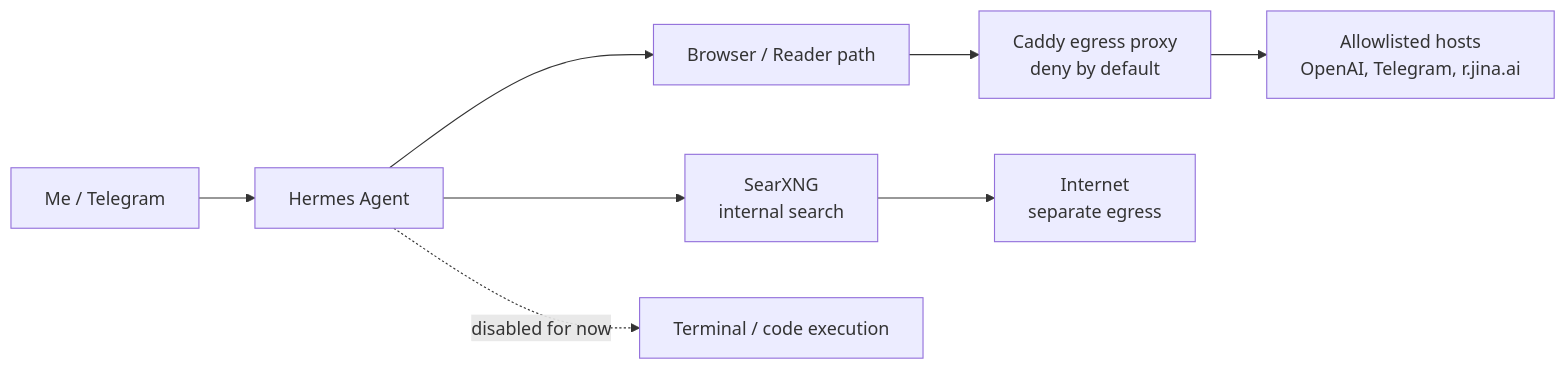
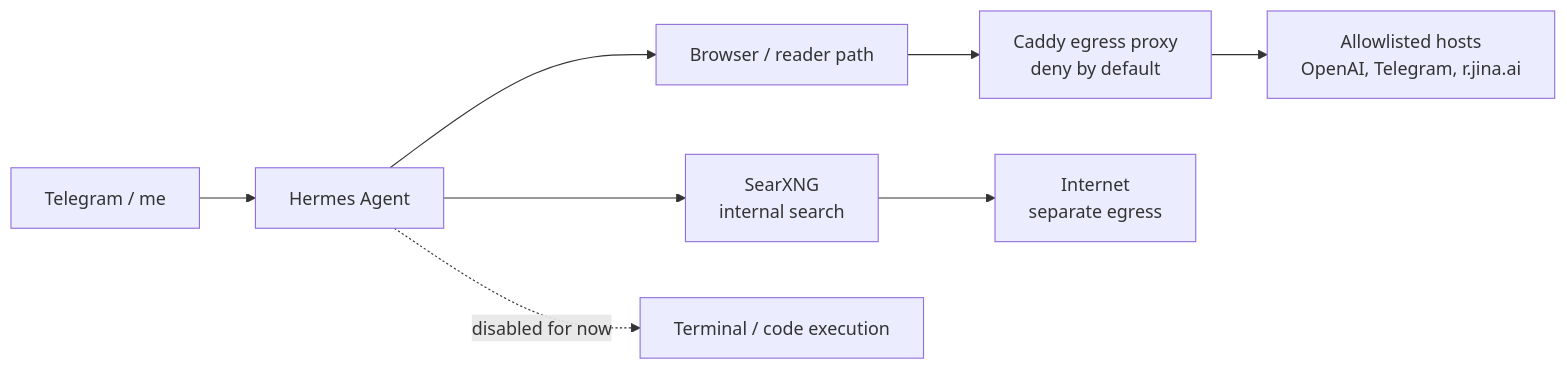
Before and after one commit to marcelocra/euler-senior-job-test: the diagram in VIDEO-WALKTHROUGH.md, drawn with Mermaid. The commit also changed other lines of this file, not shown here.

````diff
--- a/VIDEO-WALKTHROUGH.md
+++ b/VIDEO-WALKTHROUGH.md
@@ -15,14 +19,14 @@
 ```mermaid
 flowchart LR
-  U[Me / Telegram] --> H[Hermes Agent]
+  U[Telegram / me] --> H[Hermes Agent]
 
   H --> S[SearXNG<br/>internal search]
-  H --> B[Browser / Reader path]
+  H --> B[Browser / reader path]
 
   B --> P[Caddy egress proxy<br/>deny by default]
   P --> A[Allowlisted hosts<br/>OpenAI, Telegram, r.jina.ai]
 
   H -. disabled for now .-> X[Terminal / code execution]
 
   S --> I[Internet<br/>separate egress]
 ```
````
